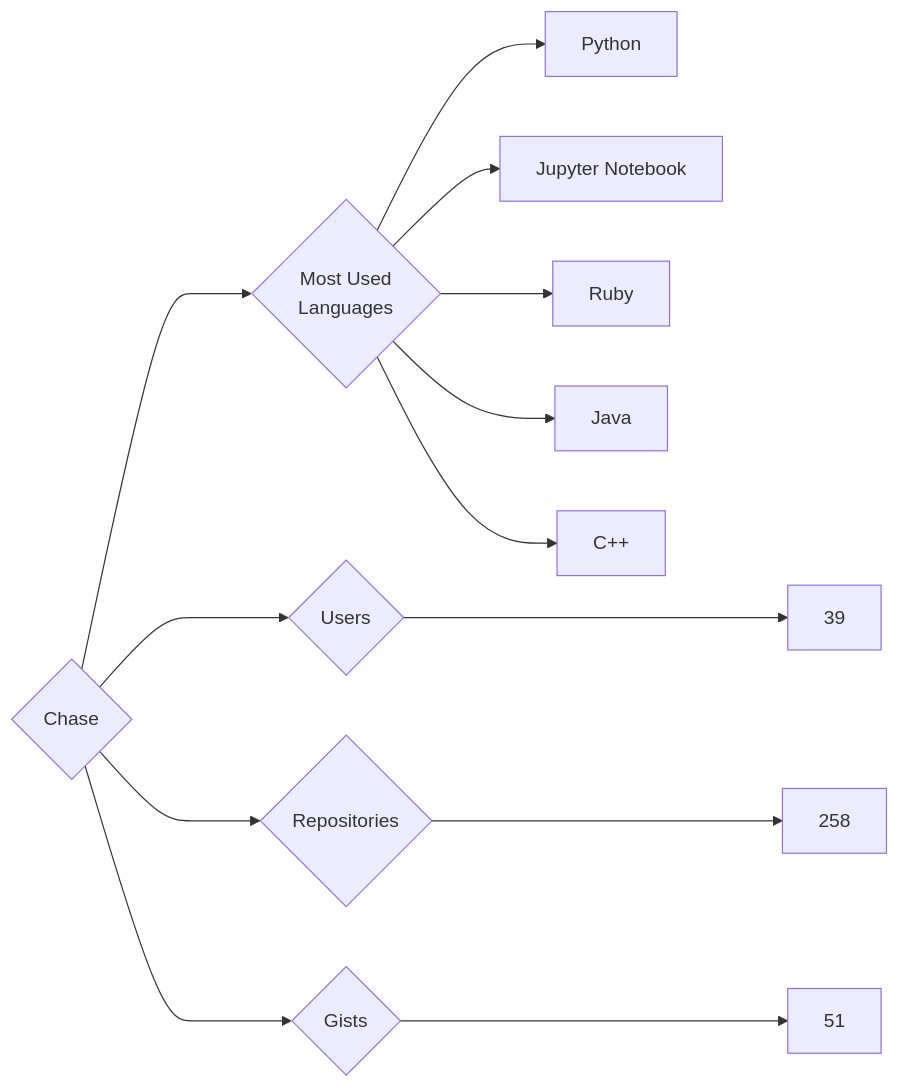
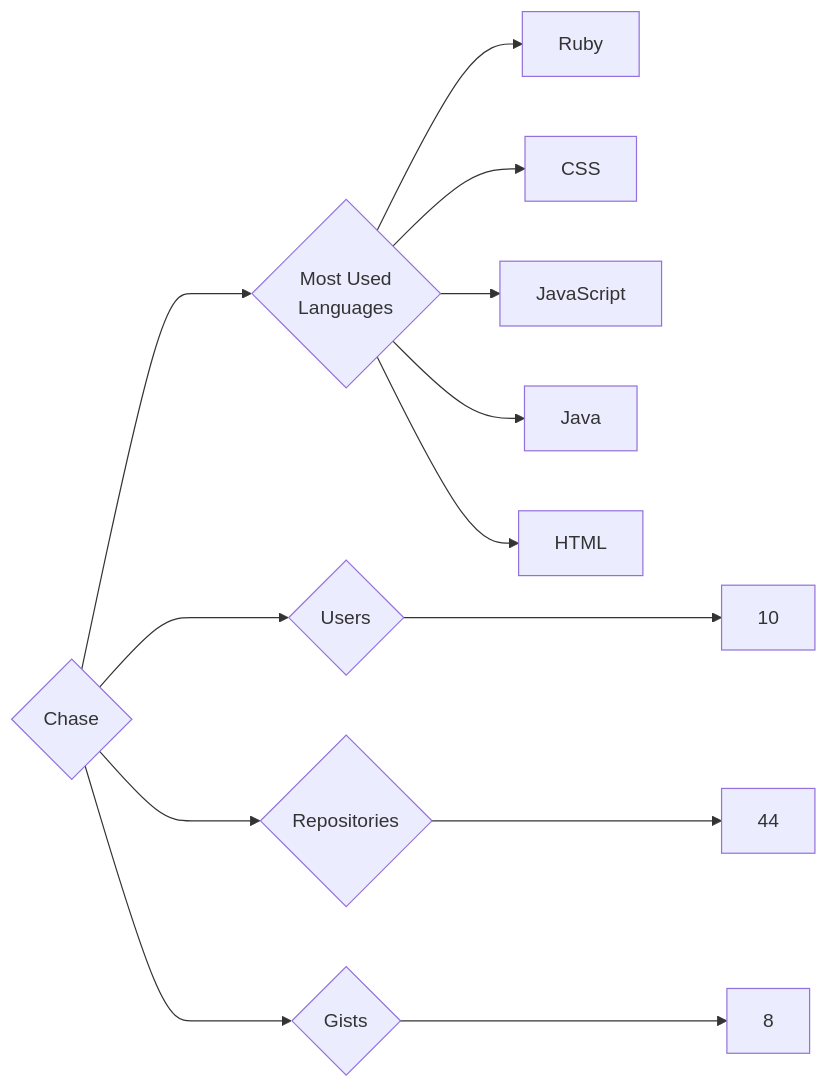
The diagram in targets/Chase/README.md (trickest/insiders), drawn with Mermaid before and after one commit. The commit also changed 899 other files, not shown here.

````diff
--- a/targets/Chase/README.md
+++ b/targets/Chase/README.md
@@ -3,13 +3,13 @@
 ```mermaid
 graph LR
 COMPANY_NAME{Chase}
-COMPANY_NAME ---> U{Users} ---> UN[39]
-COMPANY_NAME ---> R{Repositories} ---> RN[258]
-COMPANY_NAME ---> G{Gists} ---> GN[51]
+COMPANY_NAME ---> U{Users} ---> UN[10]
+COMPANY_NAME ---> R{Repositories} ---> RN[44]
+COMPANY_NAME ---> G{Gists} ---> GN[8]
 COMPANY_NAME ---> ML{Most Used<br>Languages}
-ML --> Python[Python]
-ML --> Jupyter_Notebook[Jupyter Notebook]
 ML --> Ruby[Ruby]
+ML --> CSS[CSS]
+ML --> JavaScript[JavaScript]
 ML --> Java[Java]
-ML --> C++[C++]
+ML --> HTML[HTML]
 ```
````
